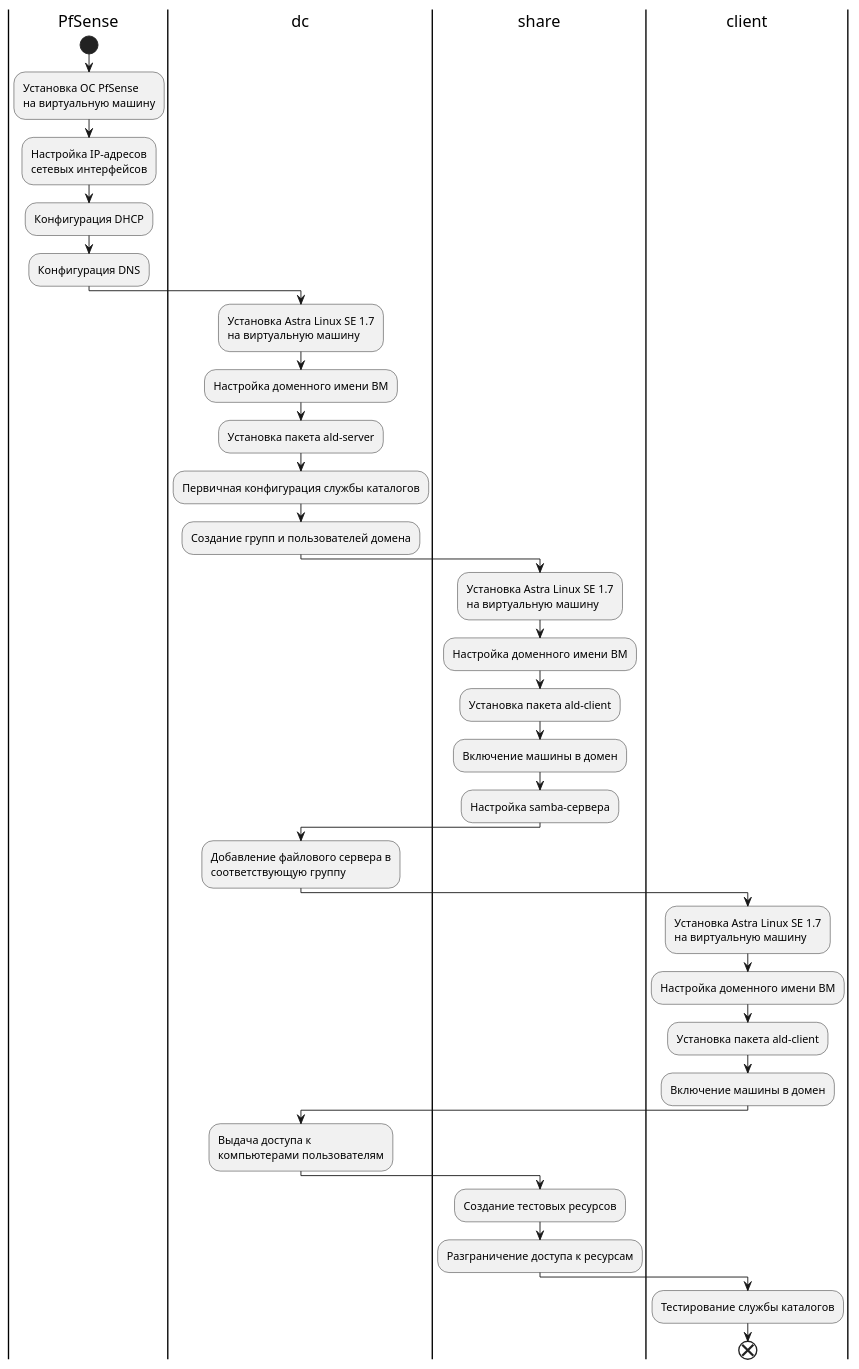
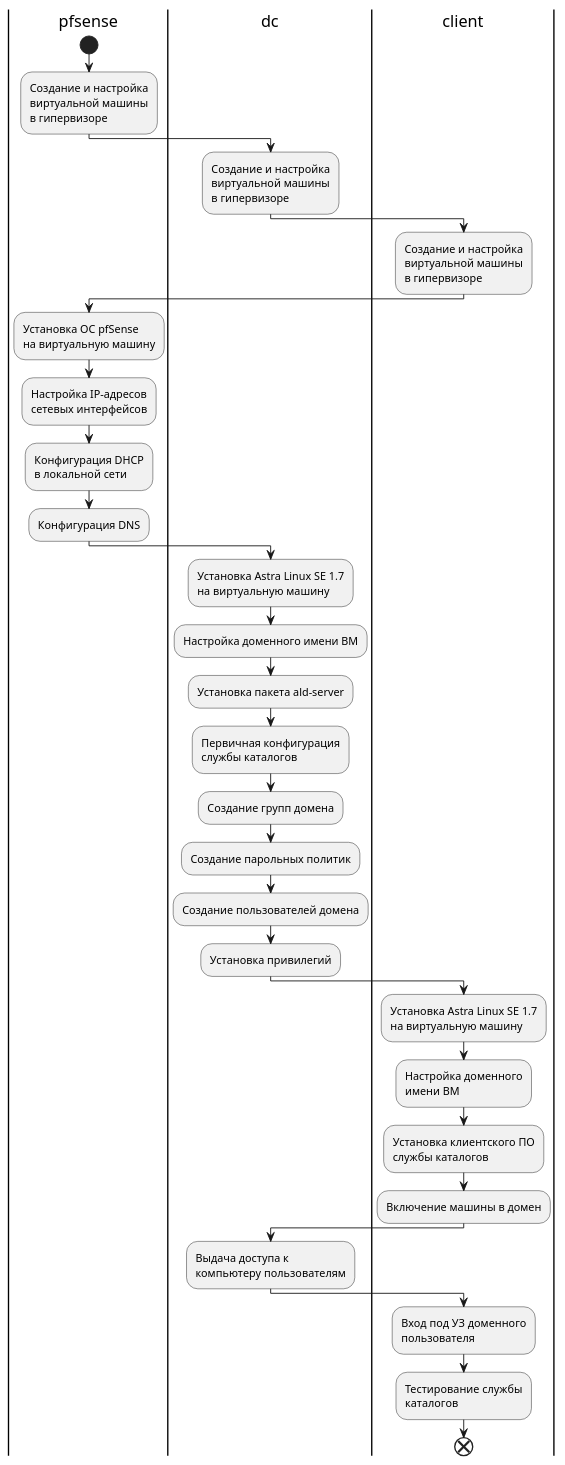
Before and after one commit to baksist/thesis-plantuml-diagrams: the diagram in model.puml, drawn with PlantUML. The commit also changed 2 other files, not shown here.

```diff
--- a/model.puml
+++ b/model.puml
@@ -1,38 +1,41 @@
 @startuml model
 
 
-|PfSense|
+|pfsense|
 start
-:Установка ОС PfSense\nна виртуальную машину;
+:Создание и настройка\nвиртуальной машины\nв гипервизоре;
+|dc|
+:Создание и настройка\nвиртуальной машины\nв гипервизоре;
+|client|
+:Создание и настройка\nвиртуальной машины\nв гипервизоре;
+
+|pfsense|
+:Установка ОС pfSense\nна виртуальную машину;
 :Настройка IP-адресов\nсетевых интерфейсов;
-:Конфигурация DHCP;
+:Конфигурация DHCP\nв локальной сети;
 :Конфигурация DNS;
 
 |dc|
 :Установка Astra Linux SE 1.7\nна виртуальную машину;
 :Настройка доменного имени ВМ;
 :Установка пакета ald-server;
-:Первичная конфигурация службы каталогов;
-:Создание групп и пользователей домена;
-|share|
-:Установка Astra Linux SE 1.7\nна виртуальную машину;
-:Настройка доменного имени ВМ;
-:Установка пакета ald-client;
-:Включение машины в домен;
-:Настройка samba-сервера;
-|dc|
-:Добавление файлового сервера в\nсоответствующую группу;
+:Первичная конфигурация\nслужбы каталогов;
+:Создание групп домена;
+:Создание парольных политик;
+:Создание пользователей домена;
+:Установка привилегий;
+
 |client|
 :Установка Astra Linux SE 1.7\nна виртуальную машину;
-:Настройка доменного имени ВМ;
-:Установка пакета ald-client;
+:Настройка доменного\nимени ВМ;
+:Установка клиентского ПО\nслужбы каталогов;
 :Включение машины в домен;
+
 |dc|
-:Выдача доступа к\nкомпьютерами пользователям;
-|share|
-:Создание тестовых ресурсов;
-:Разграничение доступа к ресурсам;
+:Выдача доступа к\nкомпьютеру пользователям;
+
 |client|
-:Тестирование службы каталогов;
+:Вход под УЗ доменного\nпользователя;
+:Тестирование службы\nкаталогов;
 end 
 @enduml
```
